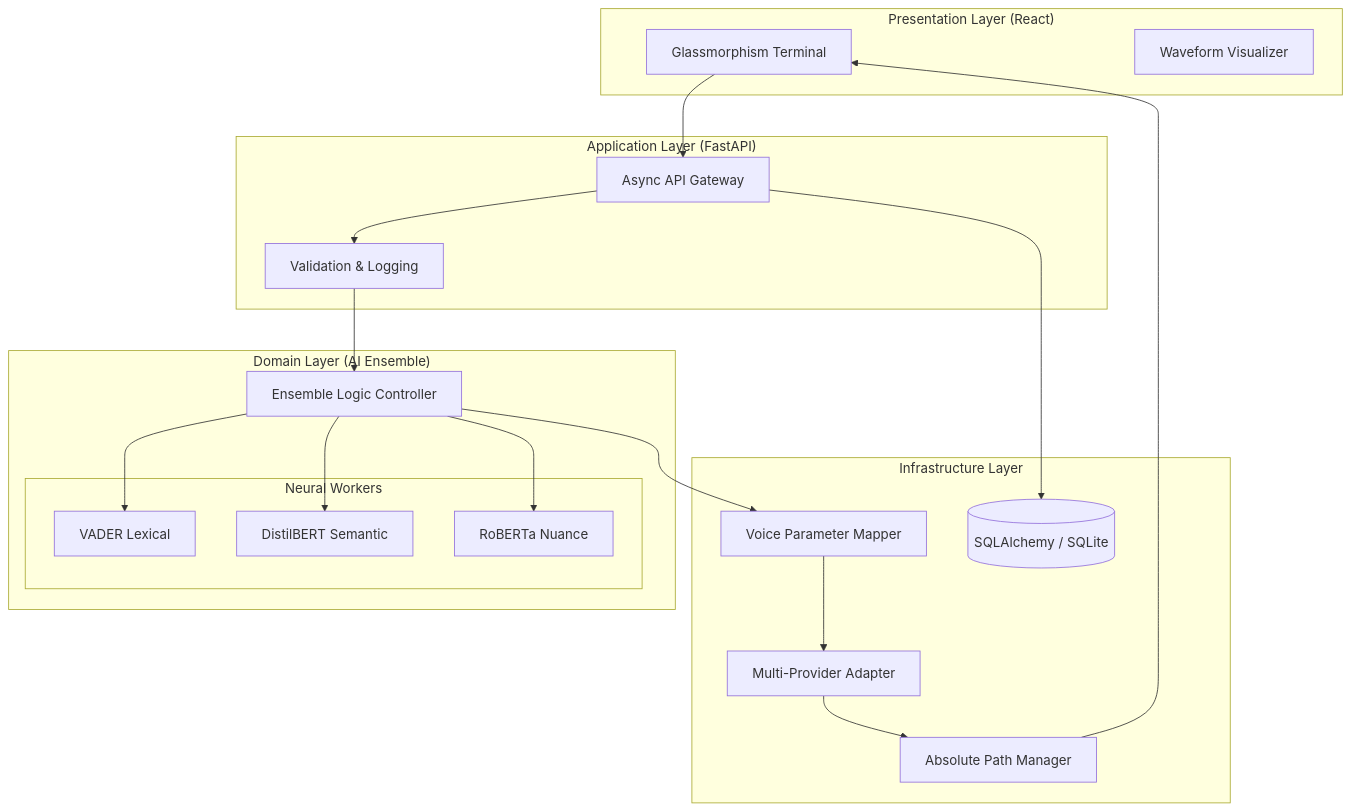
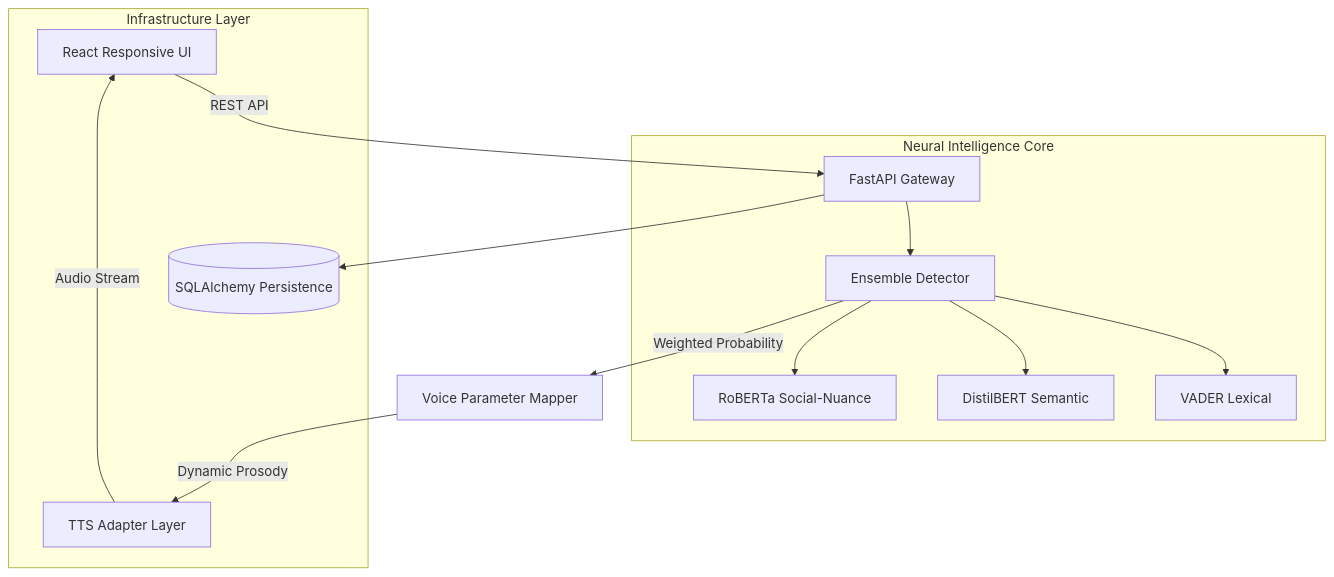
The diagram in README.md (Kushagra3062/empathy-engine), drawn with Mermaid before and after one commit. The commit also changed other lines of this file, not shown here.

````diff
--- a/README.md
+++ b/README.md
@@ -29,38 +47,19 @@
 ```mermaid
-graph TB
-    subgraph "Presentation Layer (React)"
-        UI[Glassmorphism Terminal]
-        Wave[Waveform Visualizer]
+graph TD
+    UI[React Responsive UI] -->|REST API| API[FastAPI Gateway]
+    
+    subgraph "Neural Intelligence Core"
+        API --> ED[Ensemble Detector]
+        ED --> V[VADER Lexical]
+        ED --> D[DistilBERT Semantic]
+        ED --> R[RoBERTa Social-Nuance]
     end
-
-    subgraph "Application Layer (FastAPI)"
-        API[Async API Gateway]
-        Middleware[Validation & Logging]
+    
+    ED -->|Weighted Probability| VM[Voice Parameter Mapper]
+    VM -->|Dynamic Prosody| provider[TTS Adapter Layer]
+    
+    subgraph "Infrastructure Layer"
+        API --> DB[(SQLAlchemy Persistence)]
+        provider -->|Audio Stream| UI
     end
-
-    subgraph "Domain Layer (AI Ensemble)"
-        ED[Ensemble Logic Controller]
-        subgraph "Neural Workers"
-            V[VADER Lexical]
-            D[DistilBERT Semantic]
-            R[RoBERTa Nuance]
-        end
-    end
-
-    subgraph "Infrastructure Layer"
-        VM[Voice Parameter Mapper]
-        TTS[Multi-Provider Adapter]
-        DB[(SQLAlchemy / SQLite)]
-        Storage[Absolute Path Manager]
-    end
-
-    UI --> API
-    API --> Middleware
-    Middleware --> ED
-    ED --> V & D & R
-    ED --> VM
-    VM --> TTS
-    TTS --> Storage
-    API --> DB
-    Storage --> UI
 ```
````
